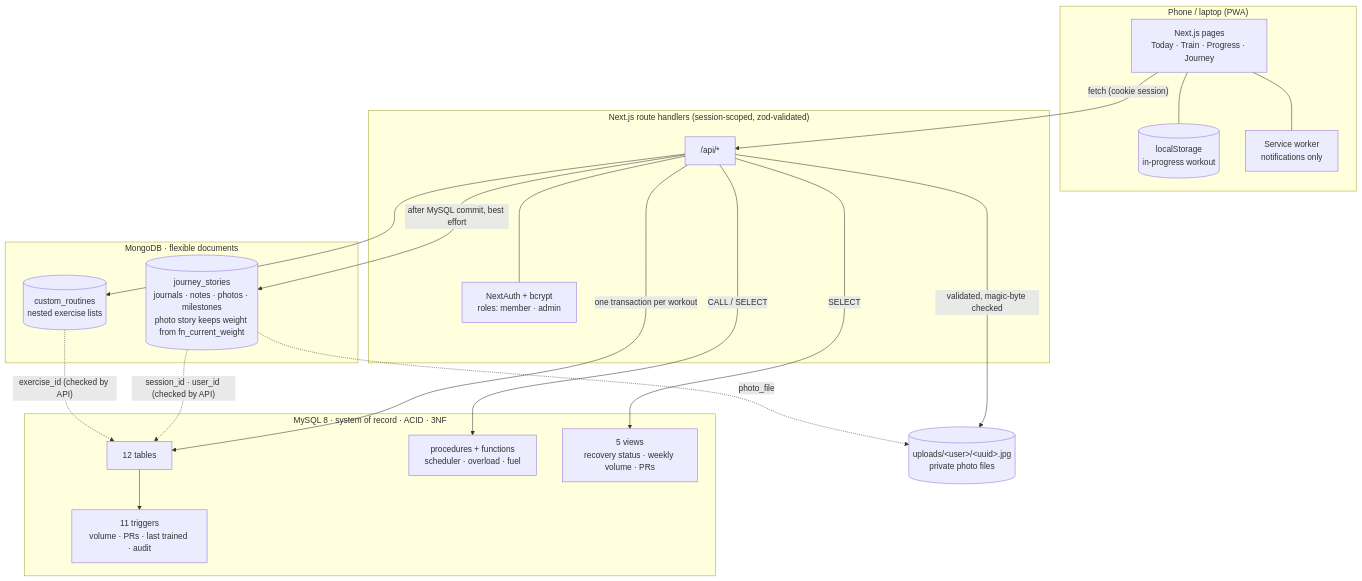
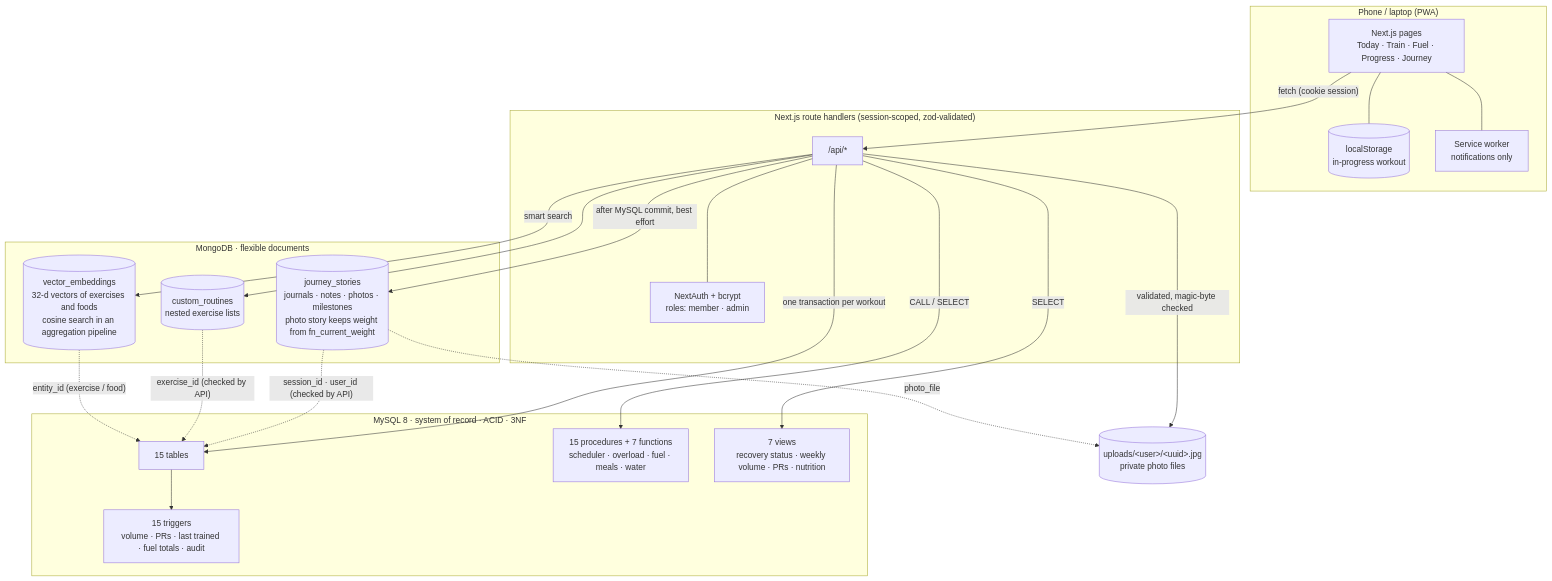
Before and after one commit to Gagan-1718/PhysiQ-Gym-Tracker: the diagram in docs/diagrams/architecture.mmd, drawn with Mermaid. The commit also changed 48 other files, not shown here.

```diff
--- a/docs/diagrams/architecture.mmd
+++ b/docs/diagrams/architecture.mmd
@@ -1,40 +1,43 @@
 flowchart TB
   subgraph Client["Phone / laptop (PWA)"]
-    UI["Next.js pages<br/>Today · Train · Progress · Journey"]
+    UI["Next.js pages<br/>Today · Train · Fuel · Progress · Journey"]
     Draft[("localStorage<br/>in-progress workout")]
     SW["Service worker<br/>notifications only"]
   end
 
   subgraph Server["Next.js route handlers (session-scoped, zod-validated)"]
     API["/api/*"]
     Auth["NextAuth + bcrypt<br/>roles: member · admin"]
   end
 
   subgraph MySQL["MySQL 8 · system of record · ACID · 3NF"]
-    Tables["12 tables"]
-    Trg["11 triggers<br/>volume · PRs · last trained · audit"]
-    Proc["procedures + functions<br/>scheduler · overload · fuel"]
-    Views["5 views<br/>recovery status · weekly volume · PRs"]
+    Tables["15 tables"]
+    Trg["15 triggers<br/>volume · PRs · last trained · fuel totals · audit"]
+    Proc["15 procedures + 7 functions<br/>scheduler · overload · fuel · meals · water"]
+    Views["7 views<br/>recovery status · weekly volume · PRs · nutrition"]
   end
 
   subgraph Mongo["MongoDB · flexible documents"]
     Stories[("journey_stories<br/>journals · notes · photos · milestones<br/>photo story keeps weight from fn_current_weight")]
     Routines[("custom_routines<br/>nested exercise lists")]
+    Vectors[("vector_embeddings<br/>32-d vectors of exercises and foods<br/>cosine search in an aggregation pipeline")]
   end
 
   Files[("uploads/&lt;user&gt;/&lt;uuid&gt;.jpg<br/>private photo files")]
 
   UI -->|"fetch (cookie session)"| API
   UI --- Draft
   UI --- SW
   API --- Auth
   API -->|"one transaction per workout"| Tables
   Tables --> Trg
   API -->|"CALL / SELECT"| Proc
   API -->|"SELECT"| Views
   API -->|"after MySQL commit, best effort"| Stories
   API --> Routines
+  API -->|"smart search"| Vectors
   API -->|"validated, magic-byte checked"| Files
   Stories -. "session_id · user_id (checked by API)" .-> Tables
   Routines -. "exercise_id (checked by API)" .-> Tables
+  Vectors -. "entity_id (exercise / food)" .-> Tables
   Stories -. "photo_file" .-> Files
```
